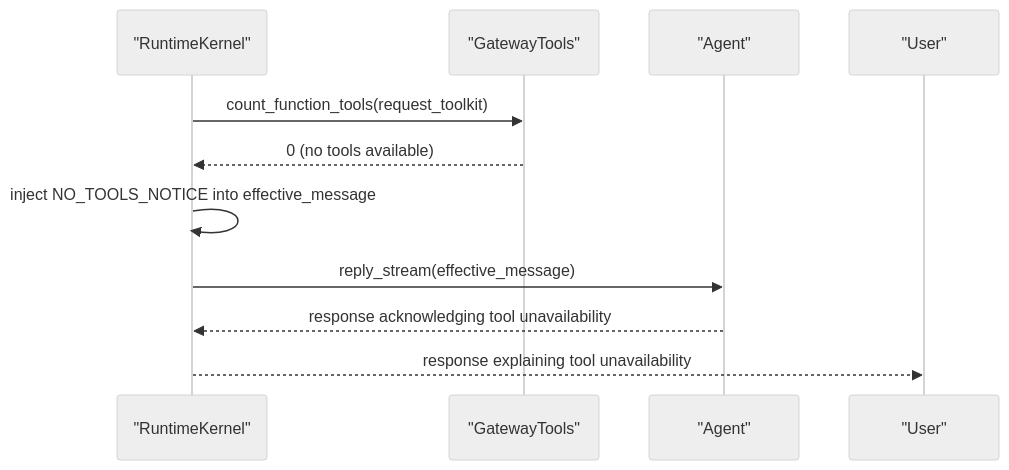
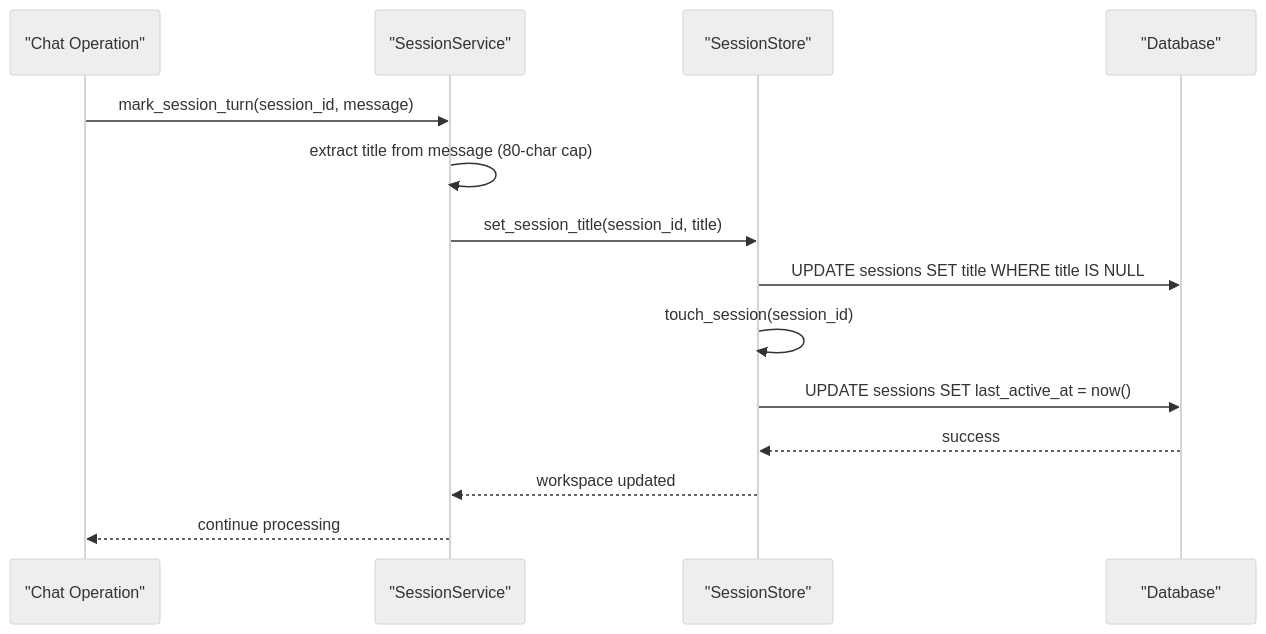
One commit to metasync/luban-aiops changed diagram 12 of 18 in .qoder/repowiki/en/content/Agent Platform Service/Agent Platform Service.md. Above: the diagram before and after it, drawn with Mermaid (neutral theme). The commit also changed other lines of this file and 33 other files, not shown here.

````diff
--- a/.qoder/repowiki/en/content/Agent Platform Service/Agent Platform Service.md
+++ b/.qoder/repowiki/en/content/Agent Platform Service/Agent Platform Service.md
@@ -471,13 +726,16 @@
 ```mermaid
 sequenceDiagram
-participant Kernel as "RuntimeKernel"
-participant Tools as "GatewayTools"
-participant Agent as "Agent"
-participant User as "User"
-Kernel->>Tools : count_function_tools(request_toolkit)
-Tools-->>Kernel : 0 (no tools available)
-Kernel->>Kernel : inject NO_TOOLS_NOTICE into effective_message
-Kernel->>Agent : reply_stream(effective_message)
-Agent-->>Kernel : response acknowledging tool unavailability
-Kernel-->>User : response explaining tool unavailability
+participant Chat as "Chat Operation"
+participant Service as "SessionService"
+participant Store as "SessionStore"
+participant DB as "Database"
+Chat->>Service : mark_session_turn(session_id, message)
+Service->>Service : extract title from message (80-char cap)
+Service->>Store : set_session_title(session_id, title)
+Store->>DB : UPDATE sessions SET title WHERE title IS NULL
+Store->>Store : touch_session(session_id)
+Store->>DB : UPDATE sessions SET last_active_at = now()
+DB-->>Store : success
+Store-->>Service : workspace updated
+Service-->>Chat : continue processing
 ```
````
